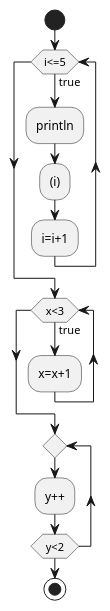
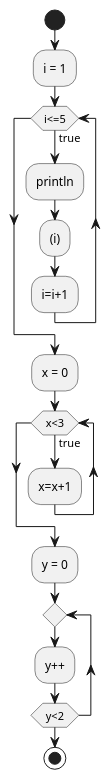
One commit to valentinasubotic/prevodjenjeKotlinKoda_u_UMLDijagramAktivnosti changed the diagram in output/testloop.puml. Above: the diagram before and after it, drawn with PlantUML. The commit also changed 8 other files, not shown here.

```diff
--- a/output/testloop.puml
+++ b/output/testloop.puml
@@ -1,15 +1,18 @@
 @startuml
 start
+:i = 1;
 while (i<=5) is (true)
 :println;
 :(i);
 :i=i+1;
 endwhile
+:x = 0;
 while (x<3) is (true)
 :x=x+1;
 endwhile
+:y = 0;
 repeat
 :y++;
 repeat while (y<2)
 stop
 @enduml
```
